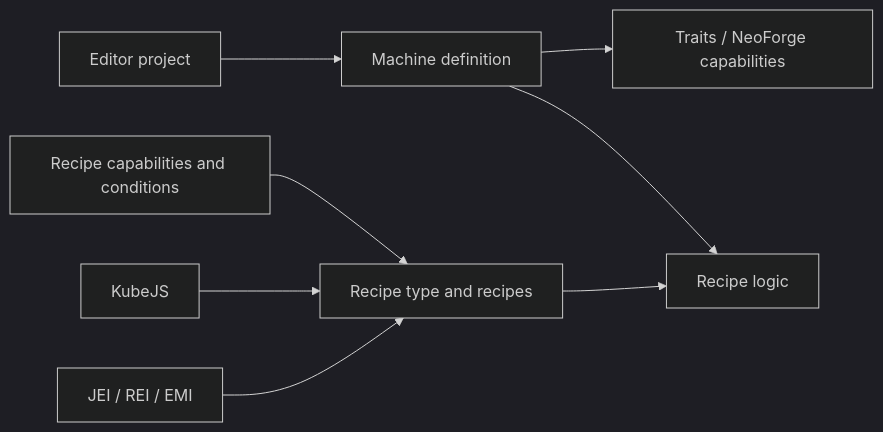
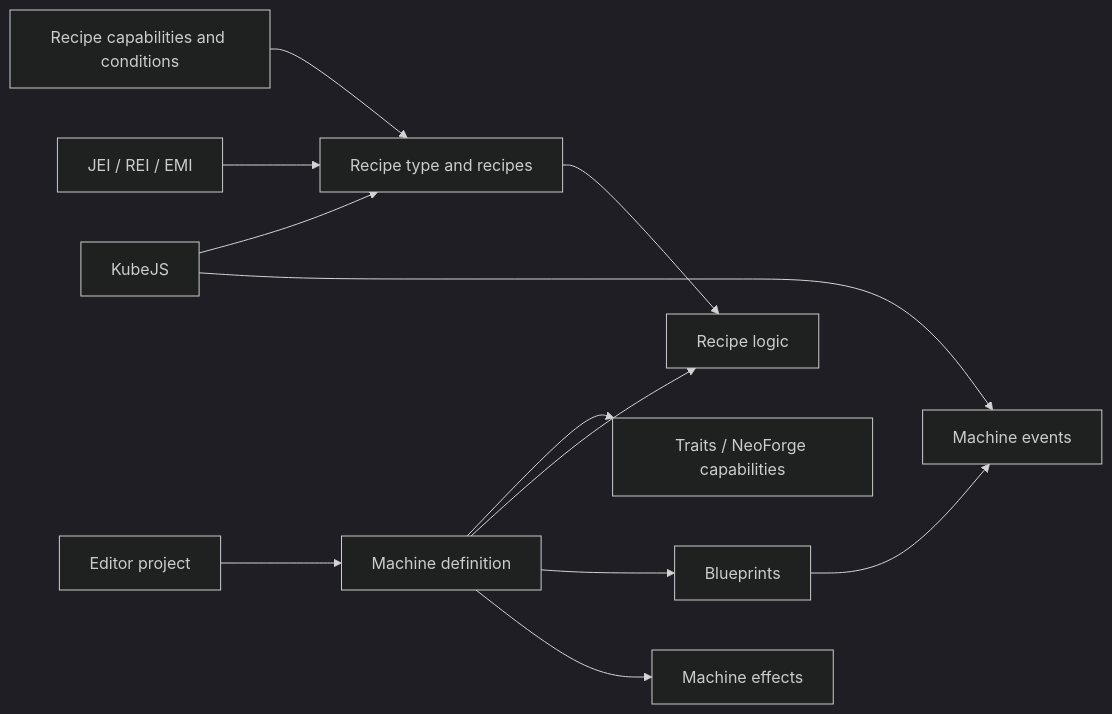
One commit to Low-Drag-MC/LowDragMC-Doc changed the diagram in docs/en/multiblocked2/index.md. Above: the diagram before and after it, drawn with Mermaid (dark theme). The commit also changed other lines of this file and 185 other files, not shown here.

````diff
--- a/docs/en/multiblocked2/index.md
+++ b/docs/en/multiblocked2/index.md
@@ -29,10 +30,14 @@
 ```mermaid
 flowchart LR
     P["Editor project"] --> D["Machine definition"]
     D --> T["Traits / NeoForge capabilities"]
     D --> L["Recipe logic"]
+    D --> B["Blueprints"]
+    D --> F["Machine effects"]
     R["Recipe type and recipes"] --> L
     C["Recipe capabilities and conditions"] --> R
     K["KubeJS"] --> R
+    K --> B2["Machine events"]
+    B --> B2
     X["JEI / REI / EMI"] --> R
 ```
````
